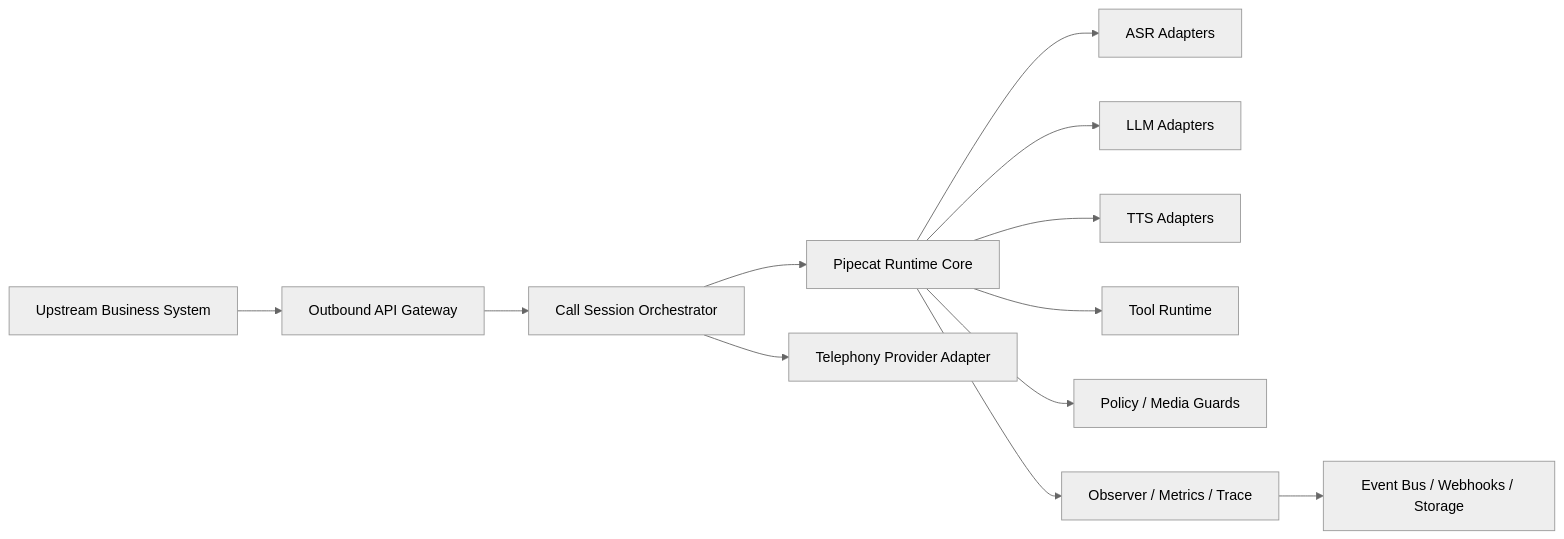
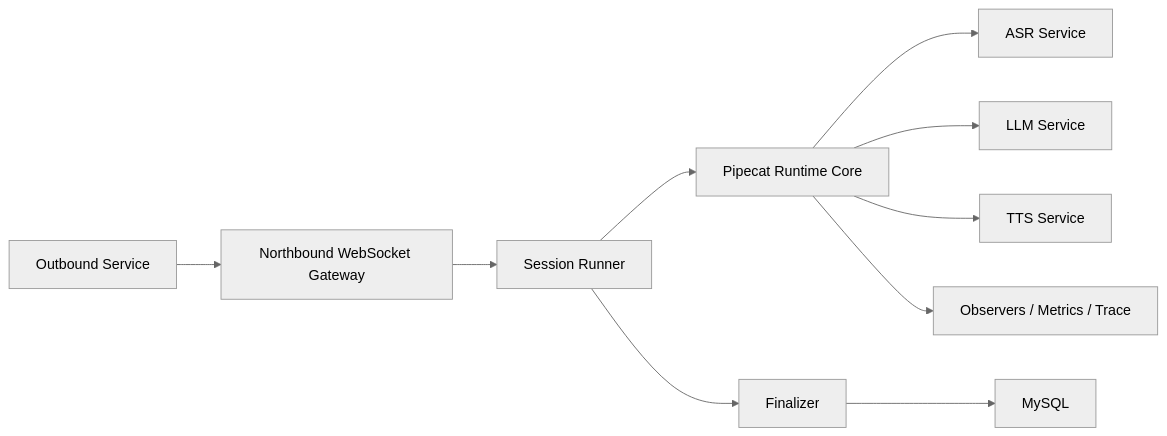
The first of 2 diagrams in README.md (WayneJinOSU/AGENT_CALL), drawn with Mermaid (neutral theme) before and after one commit. The commit also changed other lines of this file, not shown here.

````diff
--- a/README.md
+++ b/README.md
@@ -54,14 +56,12 @@
 ```mermaid
 flowchart LR
-    A["Upstream Business System"] --> B["Outbound API Gateway"]
-    B --> C["Call Session Orchestrator"]
+    A["Outbound Service"] --> B["Northbound WebSocket Gateway"]
+    B --> C["Session Runner"]
     C --> D["Pipecat Runtime Core"]
-    C --> K["Telephony Provider Adapter"]
-    D --> E["ASR Adapters"]
-    D --> F["LLM Adapters"]
-    D --> G["TTS Adapters"]
-    D --> H["Tool Runtime"]
-    D --> I["Policy / Media Guards"]
-    D --> J["Observer / Metrics / Trace"]
-    J --> L["Event Bus / Webhooks / Storage"]
+    D --> E["ASR Service"]
+    D --> F["LLM Service"]
+    D --> G["TTS Service"]
+    D --> H["Observers / Metrics / Trace"]
+    C --> I["Finalizer"]
+    I --> J["MySQL"]
 ```
````
